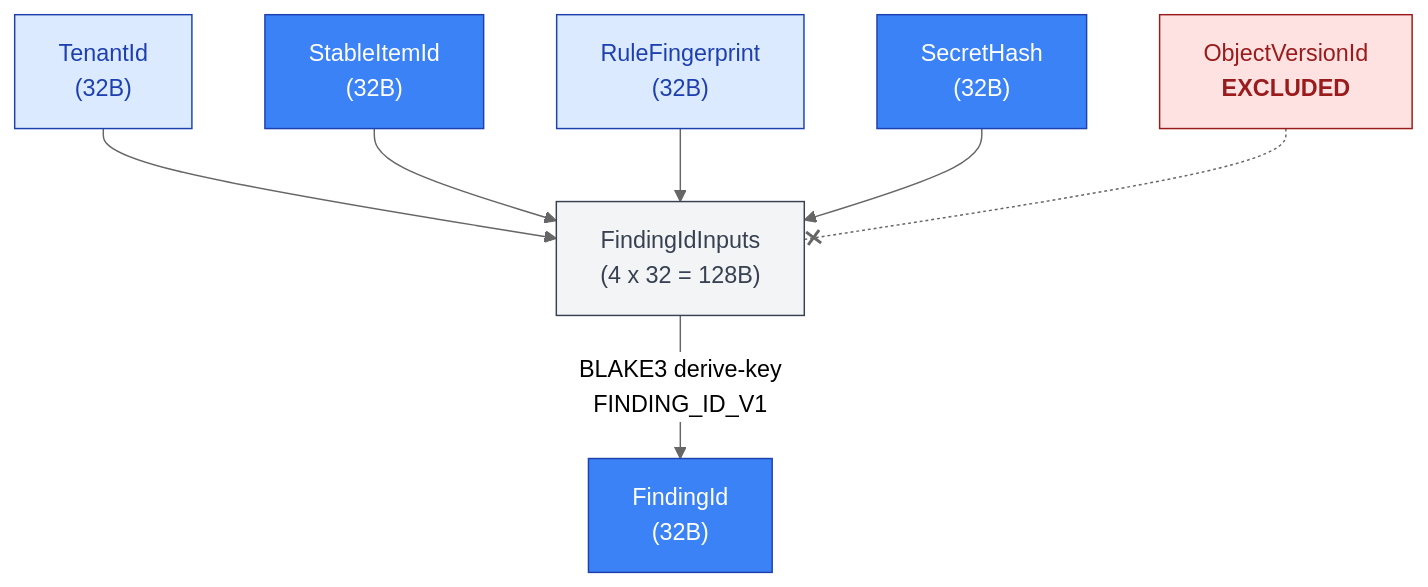
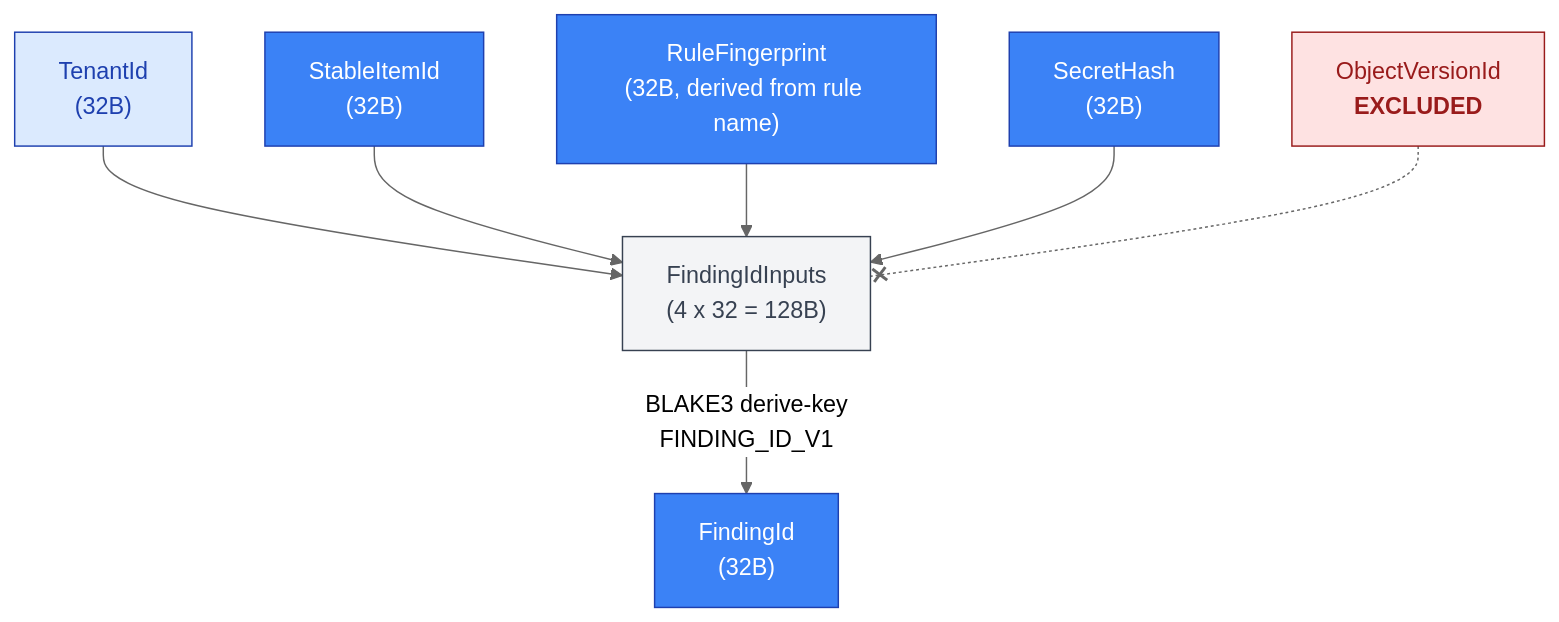
The fourth of 7 diagrams in diagrams/03-id-derivation-dag.md (ahrav/Gossip-rs), drawn with Mermaid (neutral theme) before and after one commit. The commit also changed other lines of this file and 30 other files, not shown here.

First line of the commit message:
Add rule fingerprint derivation to finding identity

````diff
--- a/diagrams/03-id-derivation-dag.md
+++ b/diagrams/03-id-derivation-dag.md
@@ -223,31 +233,31 @@
 ```mermaid
 %% Diagram: finding-identity-chain
 graph TD
     TenantId["TenantId<br/>(32B)"]
     StableItemId["StableItemId<br/>(32B)"]
-    RuleFingerprint["RuleFingerprint<br/>(32B)"]
+    RuleFingerprint["RuleFingerprint<br/>(32B, derived from rule name)"]
     SecretHash["SecretHash<br/>(32B)"]
 
     FindingIdInputs["FindingIdInputs<br/>(4 x 32 = 128B)"]
 
     FindingId["FindingId<br/>(32B)"]
 
     TenantId --> FindingIdInputs
     StableItemId --> FindingIdInputs
     RuleFingerprint --> FindingIdInputs
     SecretHash --> FindingIdInputs
 
     FindingIdInputs -->|"BLAKE3 derive-key<br/>FINDING_ID_V1"| FindingId
 
     excluded["ObjectVersionId<br/><b>EXCLUDED</b>"]
 
     excluded -.-x FindingIdInputs
 
     style TenantId fill:#DBEAFE,stroke:#1E40AF,color:#1E40AF
     style StableItemId fill:#3B82F6,stroke:#1E40AF,color:#FFFFFF
-    style RuleFingerprint fill:#DBEAFE,stroke:#1E40AF,color:#1E40AF
+    style RuleFingerprint fill:#3B82F6,stroke:#1E40AF,color:#FFFFFF
     style SecretHash fill:#3B82F6,stroke:#1E40AF,color:#FFFFFF
     style FindingIdInputs fill:#F3F4F6,stroke:#374151,color:#374151
     style FindingId fill:#3B82F6,stroke:#1E40AF,color:#FFFFFF
     style excluded fill:#FEE2E2,stroke:#991B1B,color:#991B1B
 ```
````
